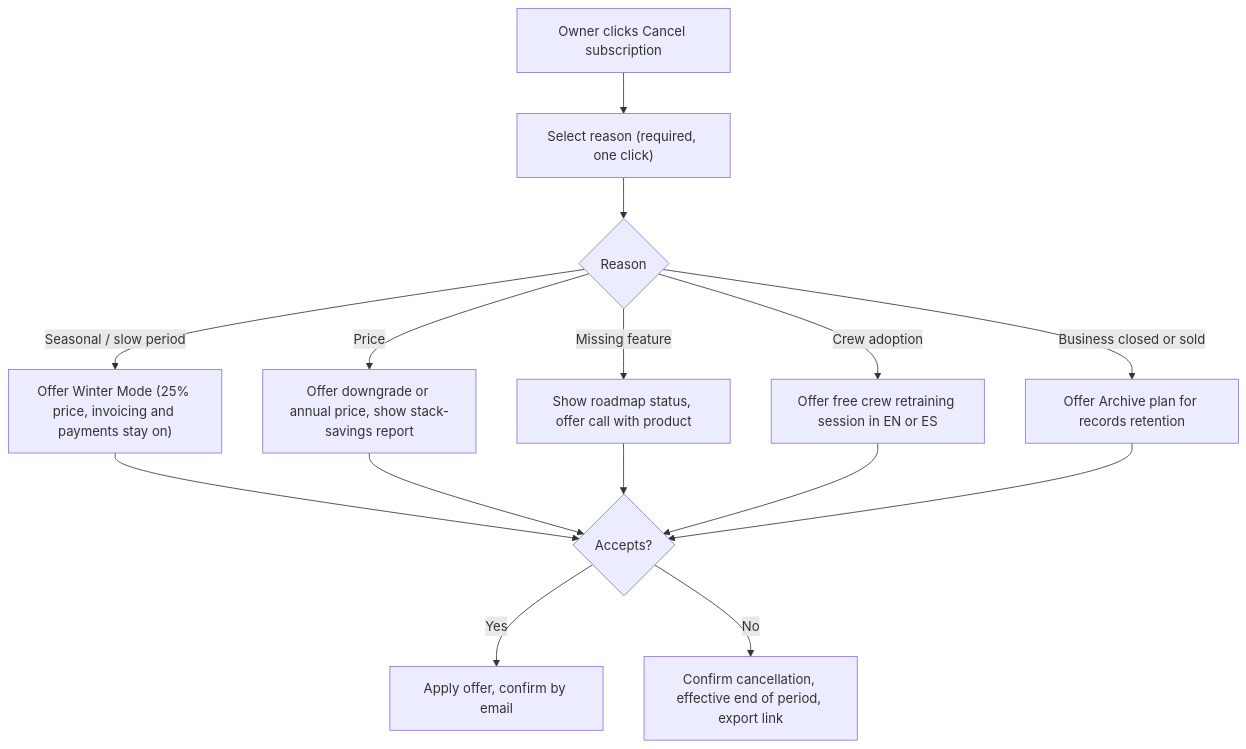
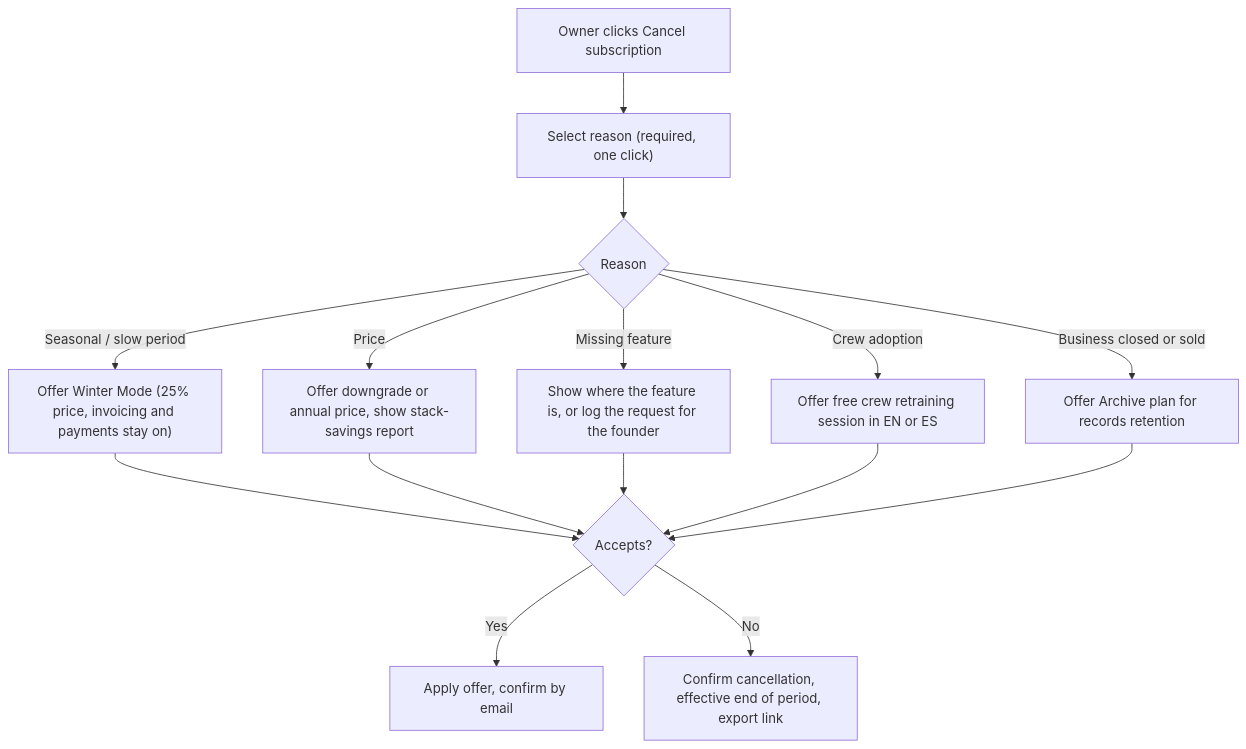
The ninth of 11 diagrams in docs/22-business-model-pricing-gtm.md (jdinard/landscape), drawn with Mermaid before and after one commit. The commit also changed other lines of this file and 42 other files, not shown here.

````diff
--- a/docs/22-business-model-pricing-gtm.md
+++ b/docs/22-business-model-pricing-gtm.md
@@ -1270,17 +1274,17 @@
 ```mermaid
 flowchart TD
   C["Owner clicks Cancel subscription"] --> R["Select reason (required, one click)"]
   R --> O{"Reason"}
   O -- "Seasonal / slow period" --> WM["Offer Winter Mode (25% price, invoicing and payments stay on)"]
   O -- "Price" --> DG["Offer downgrade or annual price, show stack-savings report"]
-  O -- "Missing feature" --> FR["Show roadmap status, offer call with product"]
+  O -- "Missing feature" --> FR["Show where the feature is, or log the request for the founder"]
   O -- "Crew adoption" --> TR["Offer free crew retraining session in EN or ES"]
   O -- "Business closed or sold" --> AR["Offer Archive plan for records retention"]
   WM --> K{"Accepts?"}
   DG --> K
   FR --> K
   TR --> K
   AR --> K
   K -- "Yes" --> SAVE["Apply offer, confirm by email"]
   K -- "No" --> CONF["Confirm cancellation, effective end of period, export link"]
 ```
````
